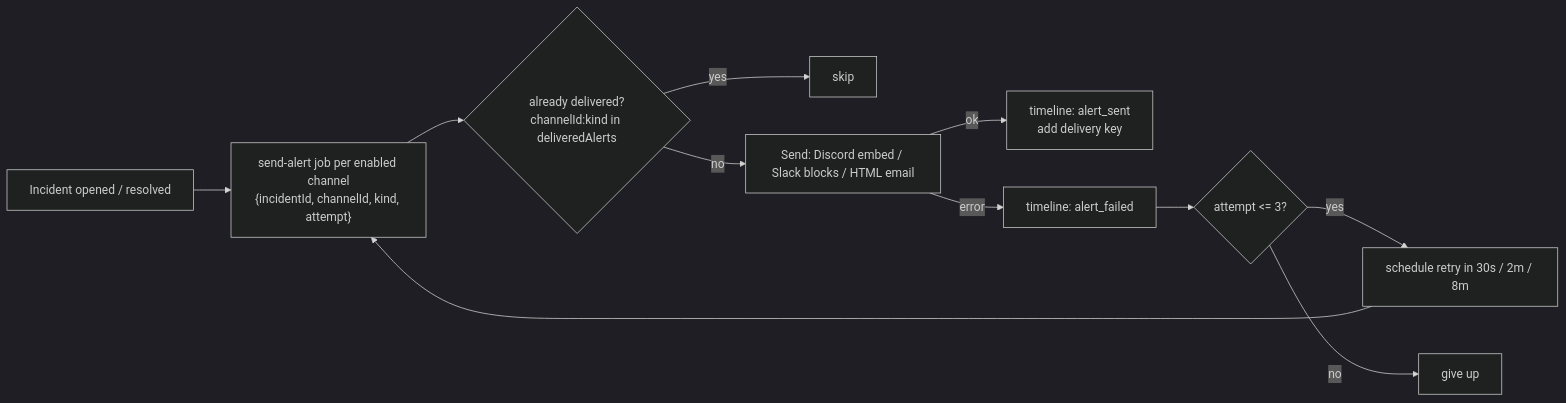
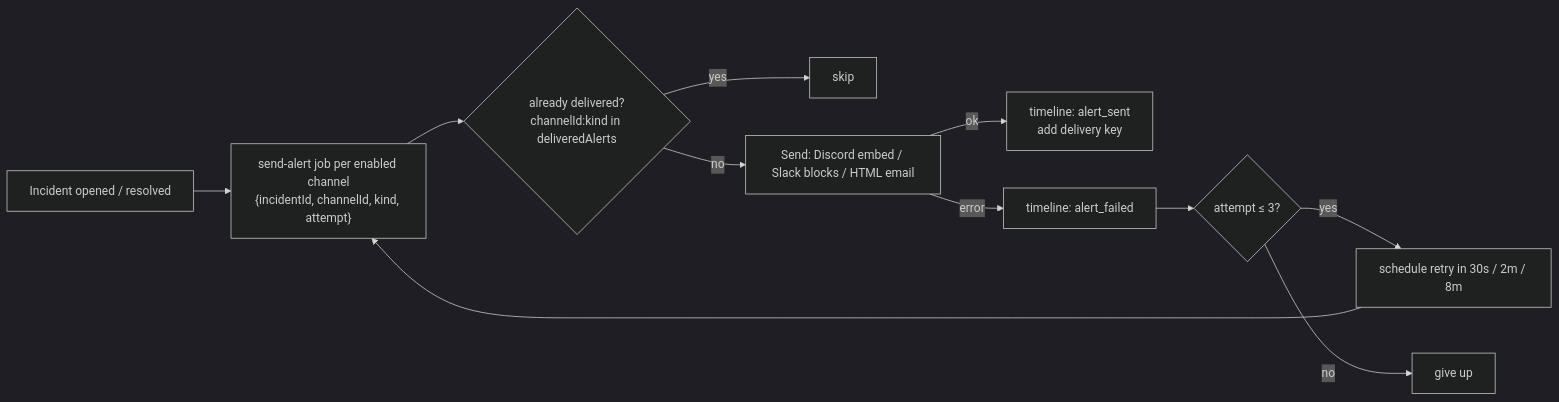
Before and after one commit to TrinankurD-06/PulseBoard: the fourth of 5 diagrams in docs/ARCHITECTURE.md, drawn with Mermaid (dark theme). The commit also changed other lines of this file and 4 other files, not shown here.

````diff
--- a/docs/ARCHITECTURE.md
+++ b/docs/ARCHITECTURE.md
@@ -136,13 +136,13 @@
 ```mermaid
 flowchart LR
     O[Incident opened / resolved] --> Q["send-alert job per enabled channel<br/>{incidentId, channelId, kind, attempt}"]
-    Q --> D{already delivered?<br/>channelId:kind in deliveredAlerts}
+    Q --> D{"already delivered?<br/>channelId:kind in deliveredAlerts"}
     D -- yes --> X[skip]
     D -- no --> S[Send: Discord embed / Slack blocks / HTML email]
     S -- ok --> OK[timeline: alert_sent<br/>add delivery key]
     S -- error --> F[timeline: alert_failed]
-    F --> R{attempt <= 3?}
+    F --> R{"attempt ≤ 3?"}
     R -- yes --> B[schedule retry in 30s / 2m / 8m]
     B --> Q
     R -- no --> G[give up]
 ```
````
